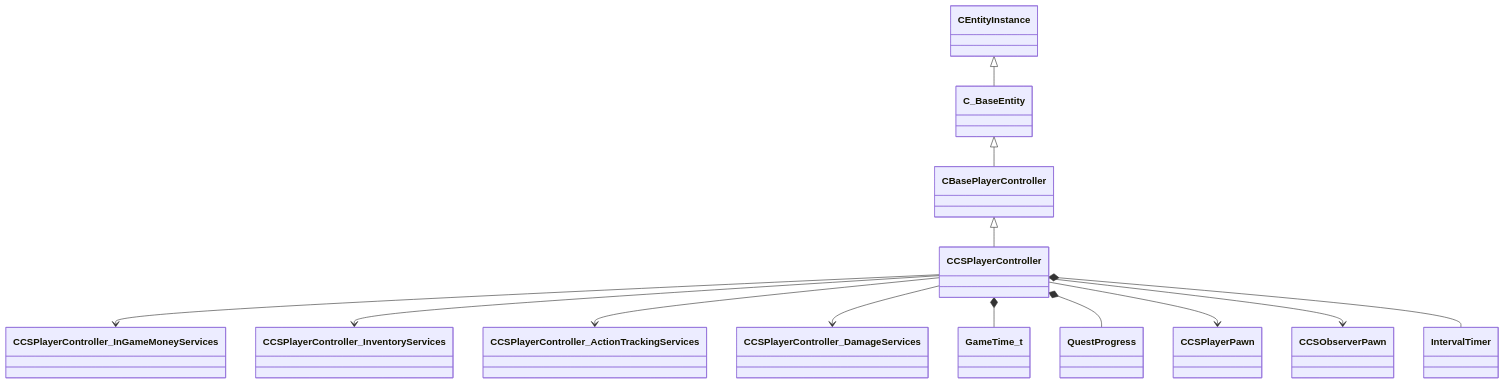
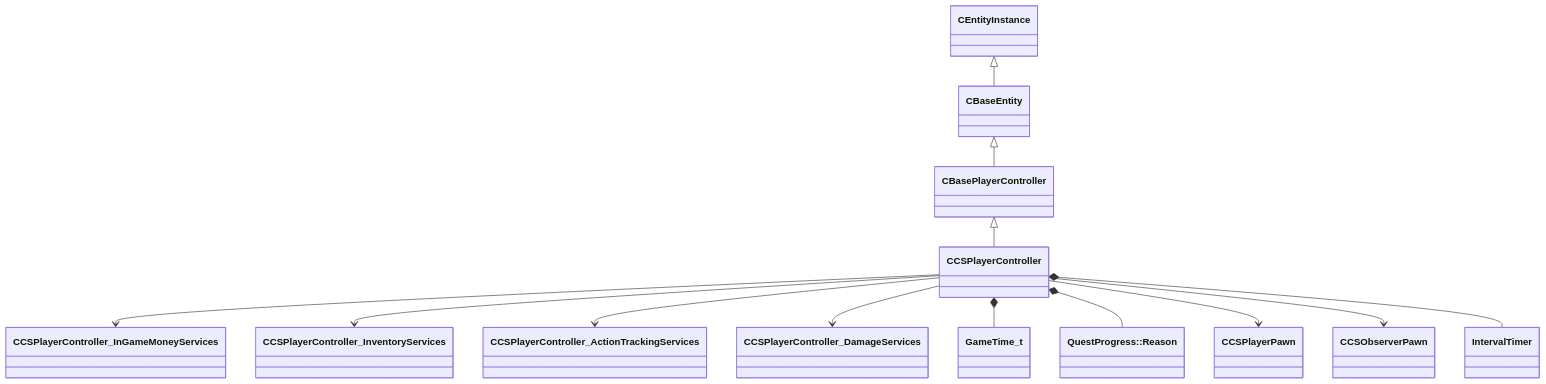
Before and after one commit to CS2OpenDev/CS2OpenDev-Docs: the diagram in docs/generated/schemas/server/CCSPlayerController.md, drawn with Mermaid. The commit also changed other lines of this file and 4525 other files, not shown here.

````diff
--- a/docs/generated/schemas/server/CCSPlayerController.md
+++ b/docs/generated/schemas/server/CCSPlayerController.md
@@ -23,15 +25,15 @@
 ```mermaid
 classDiagram
     CBasePlayerController <|-- CCSPlayerController
-    C_BaseEntity <|-- CBasePlayerController
-    CEntityInstance <|-- C_BaseEntity
+    CBaseEntity <|-- CBasePlayerController
+    CEntityInstance <|-- CBaseEntity
     CCSPlayerController --> CCSPlayerController_InGameMoneyServices
     CCSPlayerController --> CCSPlayerController_InventoryServices
     CCSPlayerController --> CCSPlayerController_ActionTrackingServices
     CCSPlayerController --> CCSPlayerController_DamageServices
     CCSPlayerController *-- GameTime_t
-    CCSPlayerController *-- QuestProgress
+    CCSPlayerController *-- `QuestProgress::Reason`
     CCSPlayerController --> CCSPlayerPawn
     CCSPlayerController --> CCSObserverPawn
     CCSPlayerController *-- IntervalTimer
 ```
````
